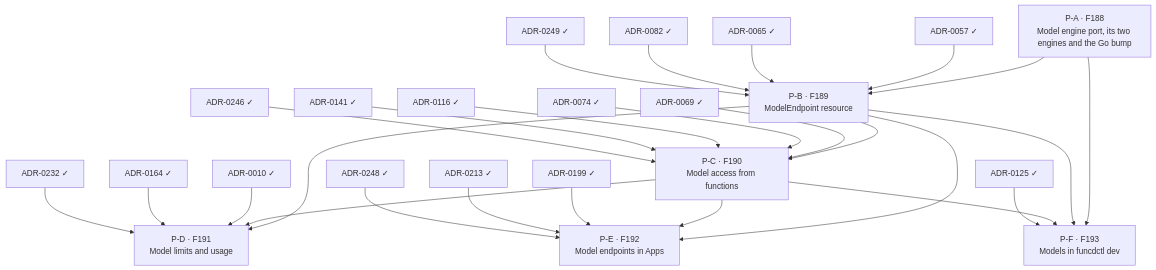
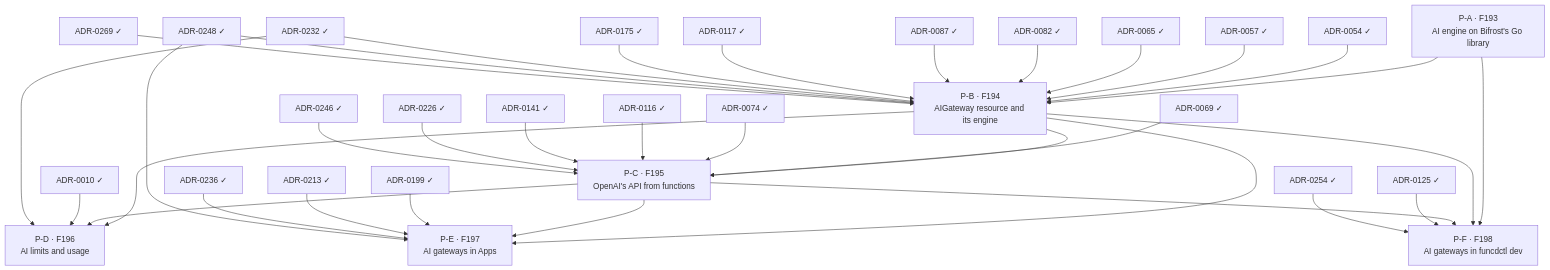
One commit to pyvvo/funcd changed the diagram in docs/roadmap/ai-gateway-delivery-plan.md. Above: the diagram before and after it, drawn with Mermaid. The commit also changed other lines of this file and 4 other files, not shown here.

````diff
--- a/docs/roadmap/ai-gateway-delivery-plan.md
+++ b/docs/roadmap/ai-gateway-delivery-plan.md
@@ -37,51 +37,65 @@
 ```mermaid
 flowchart TB
     ADR_0010["ADR-0010 ✓"]
+    ADR_0054["ADR-0054 ✓"]
     ADR_0057["ADR-0057 ✓"]
     ADR_0065["ADR-0065 ✓"]
     ADR_0069["ADR-0069 ✓"]
     ADR_0074["ADR-0074 ✓"]
     ADR_0082["ADR-0082 ✓"]
+    ADR_0087["ADR-0087 ✓"]
     ADR_0116["ADR-0116 ✓"]
+    ADR_0117["ADR-0117 ✓"]
     ADR_0125["ADR-0125 ✓"]
     ADR_0141["ADR-0141 ✓"]
-    ADR_0164["ADR-0164 ✓"]
+    ADR_0175["ADR-0175 ✓"]
     ADR_0199["ADR-0199 ✓"]
     ADR_0213["ADR-0213 ✓"]
+    ADR_0226["ADR-0226 ✓"]
     ADR_0232["ADR-0232 ✓"]
+    ADR_0236["ADR-0236 ✓"]
     ADR_0246["ADR-0246 ✓"]
     ADR_0248["ADR-0248 ✓"]
-    ADR_0249["ADR-0249 ✓"]
-    P_A["P-A · F188<br/>Model engine port, its two engines and the Go bump"]
-    P_B["P-B · F189<br/>ModelEndpoint resource"]
-    P_C["P-C · F190<br/>Model access from functions"]
-    P_D["P-D · F191<br/>Model limits and usage"]
-    P_E["P-E · F192<br/>Model endpoints in Apps"]
-    P_F["P-F · F193<br/>Models in funcdctl dev"]
+    ADR_0254["ADR-0254 ✓"]
+    ADR_0269["ADR-0269 ✓"]
+    P_A["P-A · F193<br/>AI engine on Bifrost's Go library"]
+    P_B["P-B · F194<br/>AIGateway resource and its engine"]
+    P_C["P-C · F195<br/>OpenAI's API from functions"]
+    P_D["P-D · F196<br/>AI limits and usage"]
+    P_E["P-E · F197<br/>AI gateways in Apps"]
+    P_F["P-F · F198<br/>AI gateways in funcdctl dev"]
 
     P_A --> P_B
+    ADR_0054 --> P_B
     ADR_0057 --> P_B
     ADR_0065 --> P_B
     ADR_0082 --> P_B
-    ADR_0249 --> P_B
+    ADR_0087 --> P_B
+    ADR_0117 --> P_B
+    ADR_0175 --> P_B
+    ADR_0232 --> P_B
+    ADR_0248 --> P_B
+    ADR_0269 --> P_B
     P_B --> P_C
     ADR_0069 --> P_C
     ADR_0074 --> P_C
     ADR_0116 --> P_C
     ADR_0141 --> P_C
+    ADR_0226 --> P_C
     ADR_0246 --> P_C
     P_B --> P_D
     P_C --> P_D
     ADR_0010 --> P_D
-    ADR_0164 --> P_D
     ADR_0232 --> P_D
     P_B --> P_E
     P_C --> P_E
     ADR_0199 --> P_E
     ADR_0213 --> P_E
+    ADR_0236 --> P_E
     ADR_0248 --> P_E
     P_A --> P_F
     P_B --> P_F
     P_C --> P_F
     ADR_0125 --> P_F
+    ADR_0254 --> P_F
 ```
````
